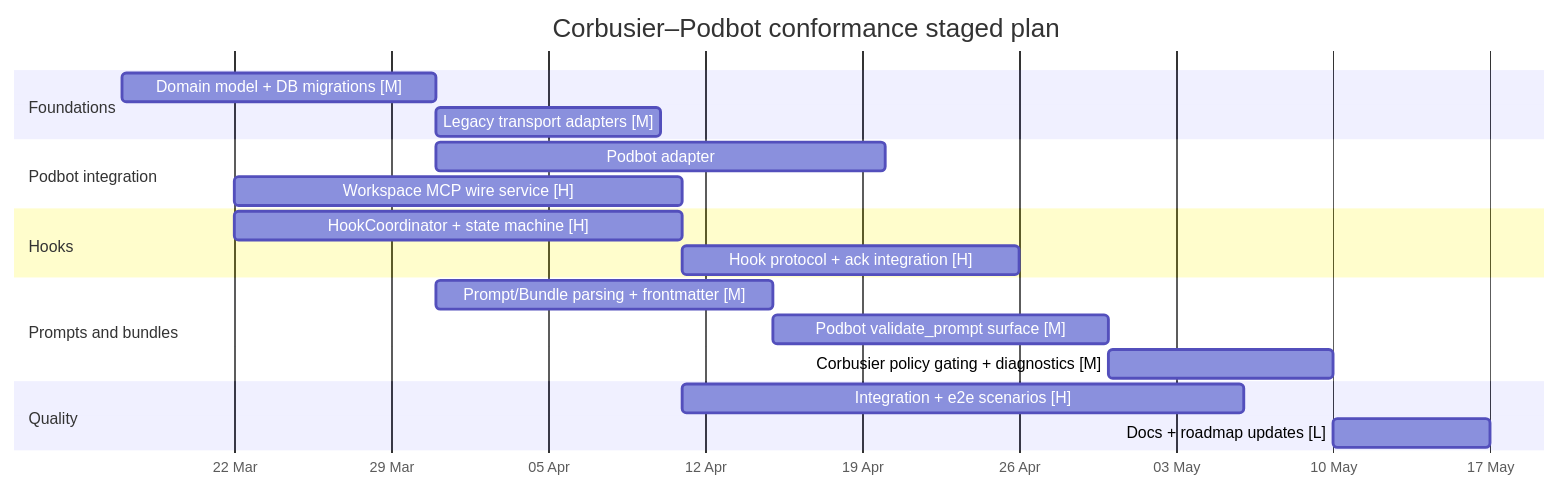
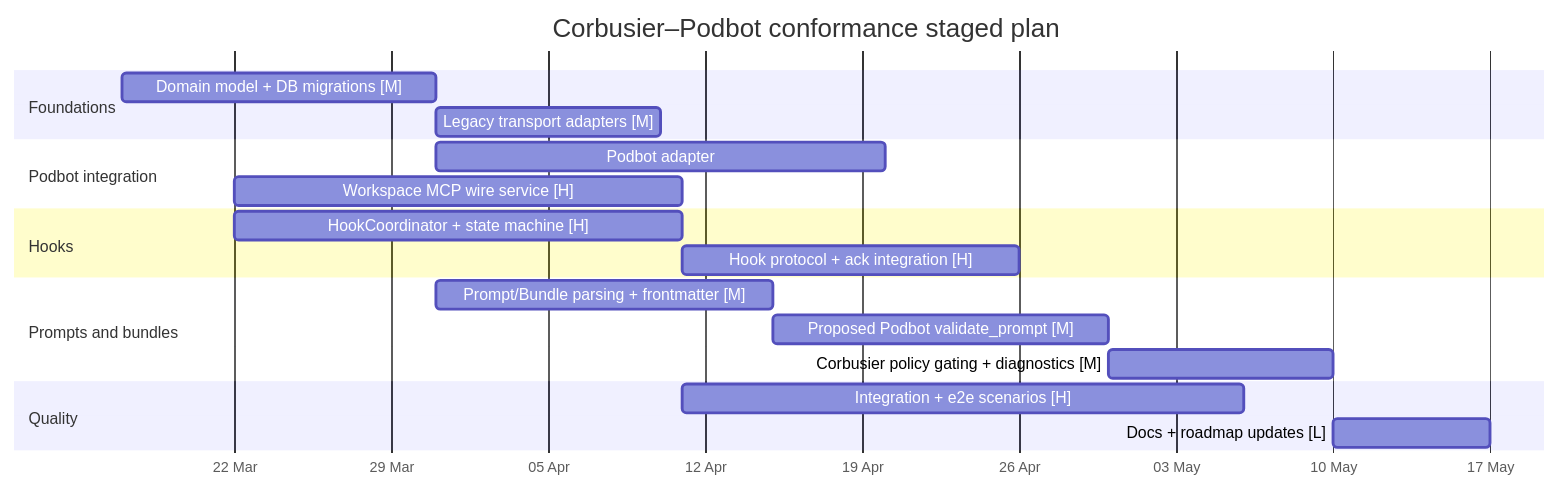
The first of 2 diagrams in docs/corbusier-conformance-design-for-agents-mcp-wires-and-hooks.md (leynos/podbot), drawn with Mermaid before and after one commit. The commit also changed other lines of this file and 2 other files, not shown here.

First line of the commit message:
Docs: align Podbot MCP wiring, hosted hooks, and prompt validation (#67)

````diff
--- a/docs/corbusier-conformance-design-for-agents-mcp-wires-and-hooks.md
+++ b/docs/corbusier-conformance-design-for-agents-mcp-wires-and-hooks.md
@@ -670,27 +888,27 @@
 ```mermaid
 gantt
 title Corbusier–Podbot conformance staged plan
 dateFormat  YYYY-MM-DD
 axisFormat  %d %b
 
 section Foundations
 Domain model + DB migrations [M]          :a1, 2026-03-17, 14d
 Legacy transport adapters [M]             :a2, after a1, 10d
 
 section Podbot integration
 Podbot adapter: AgentLauncher [H]         :b1, after a1, 20d
 Workspace MCP wire service [H]            :b2, after b1, 20d
 
 section Hooks
 HookCoordinator + state machine [H]       :c1, after b1, 20d
 Hook protocol + ack integration [H]       :c2, after c1, 15d
 
 section Prompts and bundles
 Prompt/Bundle parsing + frontmatter [M]   :d1, after a1, 15d
-Podbot validate_prompt surface [M]        :d2, after d1, 15d
+Proposed Podbot validate_prompt [M]       :d2, after d1, 15d
 Corbusier policy gating + diagnostics [M] :d3, after d2, 10d
 
 section Quality
 Integration + e2e scenarios [H]           :e1, after b2, 25d
 Docs + roadmap updates [L]                :e2, after d3, 7d
 ```
````
